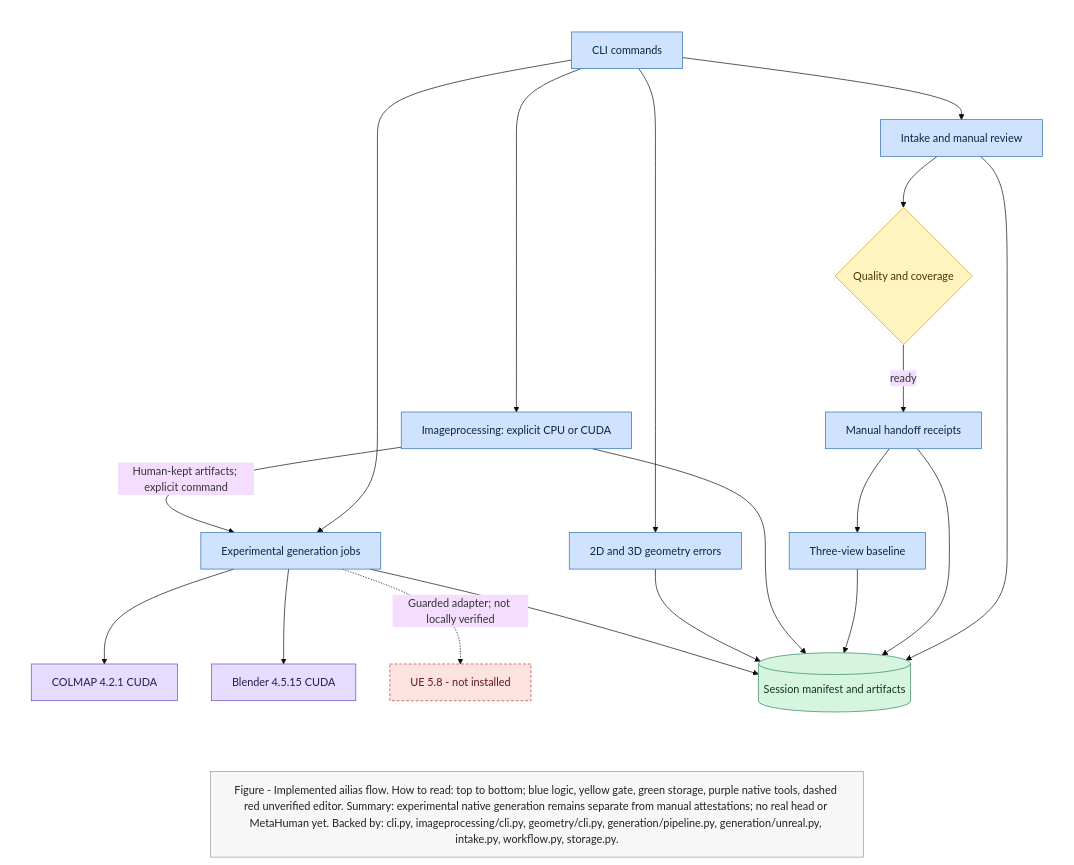
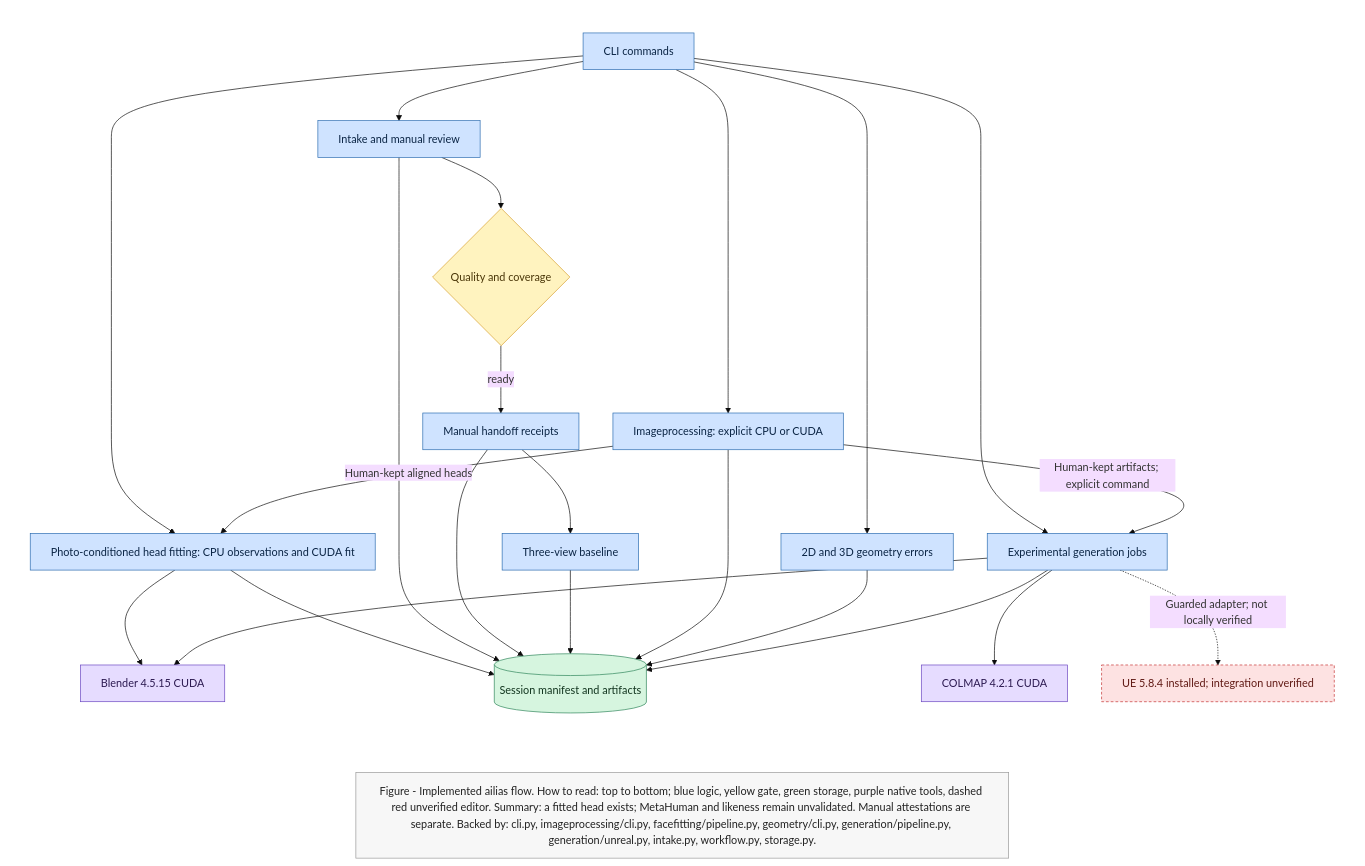
One commit to Arka95/ailias changed the diagram in docs/dev.readme.md. Above: the diagram before and after it, drawn with Mermaid (base theme). The commit also changed other lines of this file and 28 other files, not shown here.

First line of the commit message:
Add photo-conditioned head fitting with verified CUDA acceleration

````diff
--- a/docs/dev.readme.md
+++ b/docs/dev.readme.md
@@ -33,33 +34,37 @@
 ```mermaid
 %%{init: {"flowchart": {"wrappingWidth": 900}}}%%
 flowchart TB
     subgraph MAIN[" "]
         direction TB
         CLI["CLI commands"]:::svc --> IN["Intake and manual review"]:::svc
         CLI -->         IMG["Imageprocessing: explicit CPU or CUDA"]:::svc
         CLI --> GEO["2D and 3D geometry errors"]:::svc
         CLI --> GEN["Experimental generation jobs"]:::svc
+        CLI --> FIT["Photo-conditioned head fitting: CPU observations and CUDA fit"]:::svc
+        IMG -->|Human-kept aligned heads| FIT
+        FIT --> BL
+        FIT --> DATA
         IMG -->|Human-kept artifacts; explicit command| GEN
         GEN --> COL["COLMAP 4.2.1 CUDA"]:::ext
         GEN --> BL["Blender 4.5.15 CUDA"]:::ext
-        GEN -.->|Guarded adapter; not locally verified| UE["UE 5.8 - not installed"]:::unknown
+        GEN -.->|Guarded adapter; not locally verified| UE["UE 5.8.4 installed; integration unverified"]:::unknown
         IN --> GATE{"Quality and coverage"}:::gate
         GATE -->|ready| HAND["Manual handoff receipts"]:::svc
         HAND --> BASE["Three-view baseline"]:::svc
         IN --> DATA[("Session manifest and artifacts")]:::store
         HAND --> DATA
         BASE --> DATA
         IMG --> DATA
         GEO --> DATA
         GEN --> DATA
     end
     MAIN ~~~ SUM
-    SUM["Figure - Implemented ailias flow. How to read: top to bottom; blue logic, yellow gate, green storage, purple native tools, dashed red unverified editor. Summary: experimental native generation remains separate from manual attestations; no real head or MetaHuman yet. Backed by: cli.py, imageprocessing/cli.py, geometry/cli.py, generation/pipeline.py, generation/unreal.py, intake.py, workflow.py, storage.py."]:::caption
+    SUM["Figure - Implemented ailias flow. How to read: top to bottom; blue logic, yellow gate, green storage, purple native tools, dashed red unverified editor. Summary: a fitted head exists; MetaHuman and likeness remain unvalidated. Manual attestations are separate. Backed by: cli.py, imageprocessing/cli.py, facefitting/pipeline.py, geometry/cli.py, generation/pipeline.py, generation/unreal.py, intake.py, workflow.py, storage.py."]:::caption
     style MAIN fill:none,stroke:none
     classDef svc fill:#cfe3ff,stroke:#2b6cb0,color:#0b2545
     classDef gate fill:#fff3bf,stroke:#d69e2e,color:#4a3608
     classDef store fill:#d6f5df,stroke:#2f855a,color:#12351f
     classDef ext fill:#e6dcff,stroke:#6b46c1,color:#2d1b52
     classDef unknown fill:#fde2e2,stroke:#c53030,color:#611a15,stroke-dasharray:4 3
     classDef caption fill:#f7f7f7,stroke:#999,color:#222,font-size:16px
 ```
````
